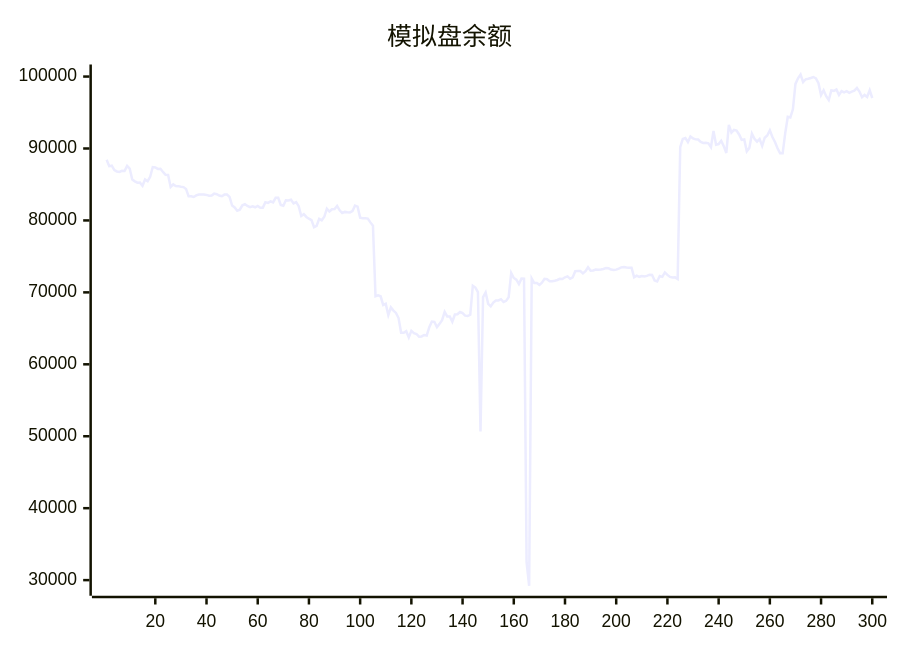
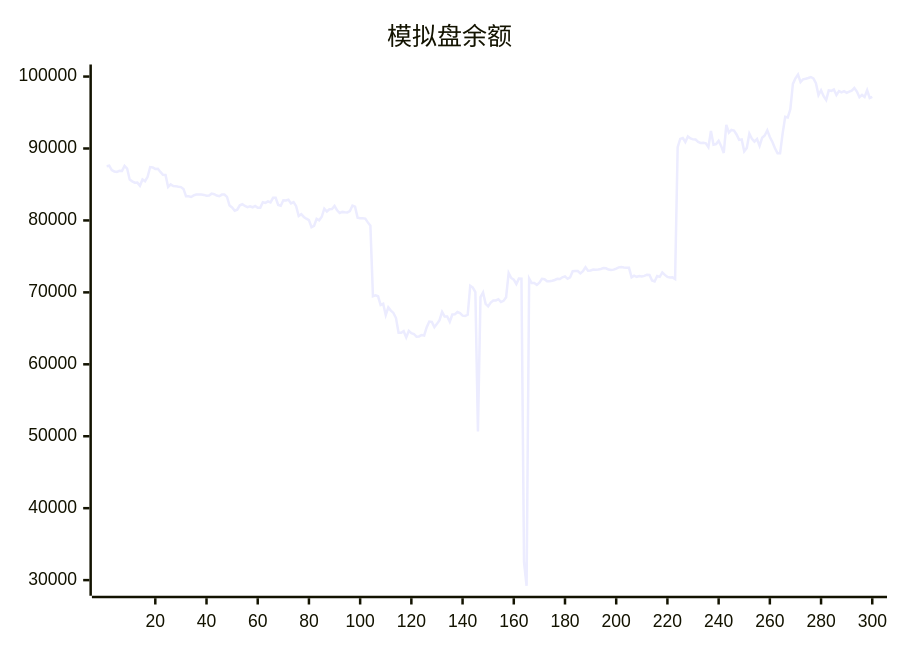
Before and after one commit to aahl/ai-trading: the diagram in README.md, drawn with Mermaid. The commit also changed other lines of this file and 1 other file, not shown here.

````diff
--- a/README.md
+++ b/README.md
@@ -5,5 +5,5 @@
 ```mermaid
 xychart
     title "模拟盘余额"
-    line [88444,87543,87608,87000,86810,86740,86894,86884,87576,87209,85686,85435,85251,85255,84820,85689,85453,86066,87420,87373,87161,87178,86740,86341,86315,84643,85012,84772,84768,84690,84635,84376,83360,83357,83259,83474,83608,83606,83602,83548,83440,83454,83724,83644,83464,83365,83590,83592,83275,82072,81806,81344,81492,82109,82254,82006,81848,81955,81829,82022,81769,81776,82522,82441,82656,82498,83144,83144,82150,82038,82797,82763,82872,82367,82536,81981,80612,80862,80484,80242,80034,79063,79245,80226,80016,80507,81625,81233,81544,81578,82016,81401,81019,81186,81130,81118,81306,82066,81909,80392,80304,80291,80258,79729,79261,69466,69579,69456,68251,68415,66832,67911,67462,67144,66432,64380,64375,64606,63740,64647,64324,64216,63842,63877,64078,64008,65156,65945,65888,65157,65625,66144,67284,66653,66639,65924,66925,66956,67263,67108,66766,66729,66886,70927,70673,70049,50652,69334,69973,68400,68061,68578,68876,68879,69055,68662,68822,69329,72687,71999,71760,71162,71911,71896,32500,29218,71927,71297,71305,71044,71337,71883,71822,71536,71536,71622,71723,71880,71860,72100,72216,71887,72077,72940,72976,72966,72638,72948,73497,73004,73041,73173,73160,73186,73258,73375,73351,73173,73098,73161,73305,73474,73536,73457,73413,73412,72100,72333,72164,72272,72204,72285,72461,72421,71652,71521,72267,72157,72774,72424,72144,72060,72091,71858,90185,91338,91466,90900,91678,91404,91268,91244,90903,90779,90787,90721,90187,92429,90518,90619,91070,90328,89376,93286,92202,92581,92485,91947,91196,91259,89619,90086,92063,91355,90950,91327,90373,91498,91800,92531,91603,90910,90031,89351,89334,92097,94406,94315,95455,98972,99763,100286,99229,99622,99701,99805,99938,99738,99082,97430,98094,97267,96741,98081,98013,98194,97447,97983,97789,97969,97729,97911,98043,98405,97912,97120,97448,97154,98095,97021]
+    line [87543,87608,87000,86810,86740,86894,86884,87576,87209,85686,85435,85251,85255,84820,85689,85453,86066,87420,87373,87161,87178,86740,86341,86315,84643,85012,84772,84768,84690,84635,84376,83360,83357,83259,83474,83608,83606,83602,83548,83440,83454,83724,83644,83464,83365,83590,83592,83275,82072,81806,81344,81492,82109,82254,82006,81848,81955,81829,82022,81769,81776,82522,82441,82656,82498,83144,83144,82150,82038,82797,82763,82872,82367,82536,81981,80612,80862,80484,80242,80034,79063,79245,80226,80016,80507,81625,81233,81544,81578,82016,81401,81019,81186,81130,81118,81306,82066,81909,80392,80304,80291,80258,79729,79261,69466,69579,69456,68251,68415,66832,67911,67462,67144,66432,64380,64375,64606,63740,64647,64324,64216,63842,63877,64078,64008,65156,65945,65888,65157,65625,66144,67284,66653,66639,65924,66925,66956,67263,67108,66766,66729,66886,70927,70673,70049,50652,69334,69973,68400,68061,68578,68876,68879,69055,68662,68822,69329,72687,71999,71760,71162,71911,71896,32500,29218,71927,71297,71305,71044,71337,71883,71822,71536,71536,71622,71723,71880,71860,72100,72216,71887,72077,72940,72976,72966,72638,72948,73497,73004,73041,73173,73160,73186,73258,73375,73351,73173,73098,73161,73305,73474,73536,73457,73413,73412,72100,72333,72164,72272,72204,72285,72461,72421,71652,71521,72267,72157,72774,72424,72144,72060,72091,71858,90185,91338,91466,90900,91678,91404,91268,91244,90903,90779,90787,90721,90187,92429,90518,90619,91070,90328,89376,93286,92202,92581,92485,91947,91196,91259,89619,90086,92063,91355,90950,91327,90373,91498,91800,92531,91603,90910,90031,89351,89334,92097,94406,94315,95455,98972,99763,100286,99229,99622,99701,99805,99938,99738,99082,97430,98094,97267,96741,98081,98013,98194,97447,97983,97789,97969,97729,97911,98043,98405,97912,97120,97448,97154,98095,97021,97190]
 ```
````
